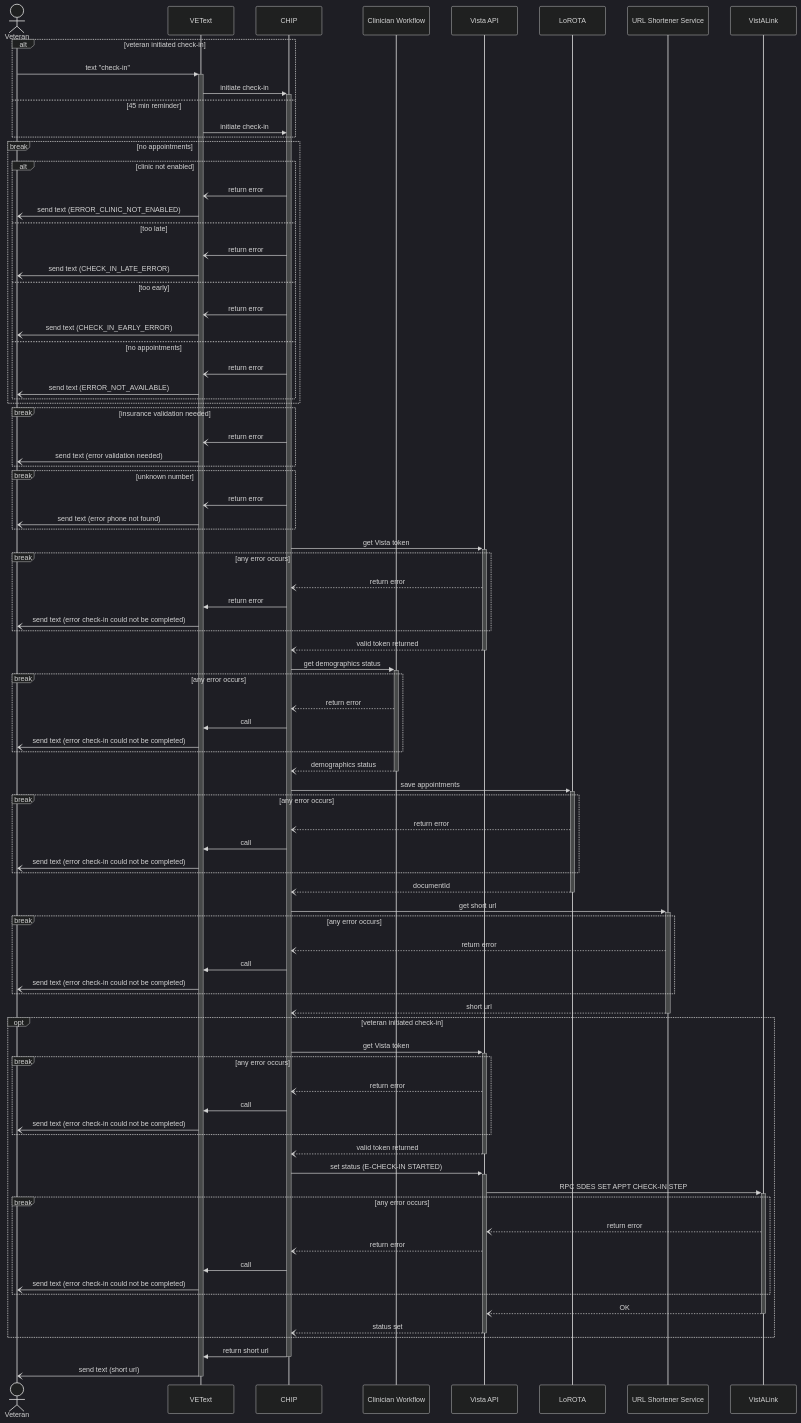
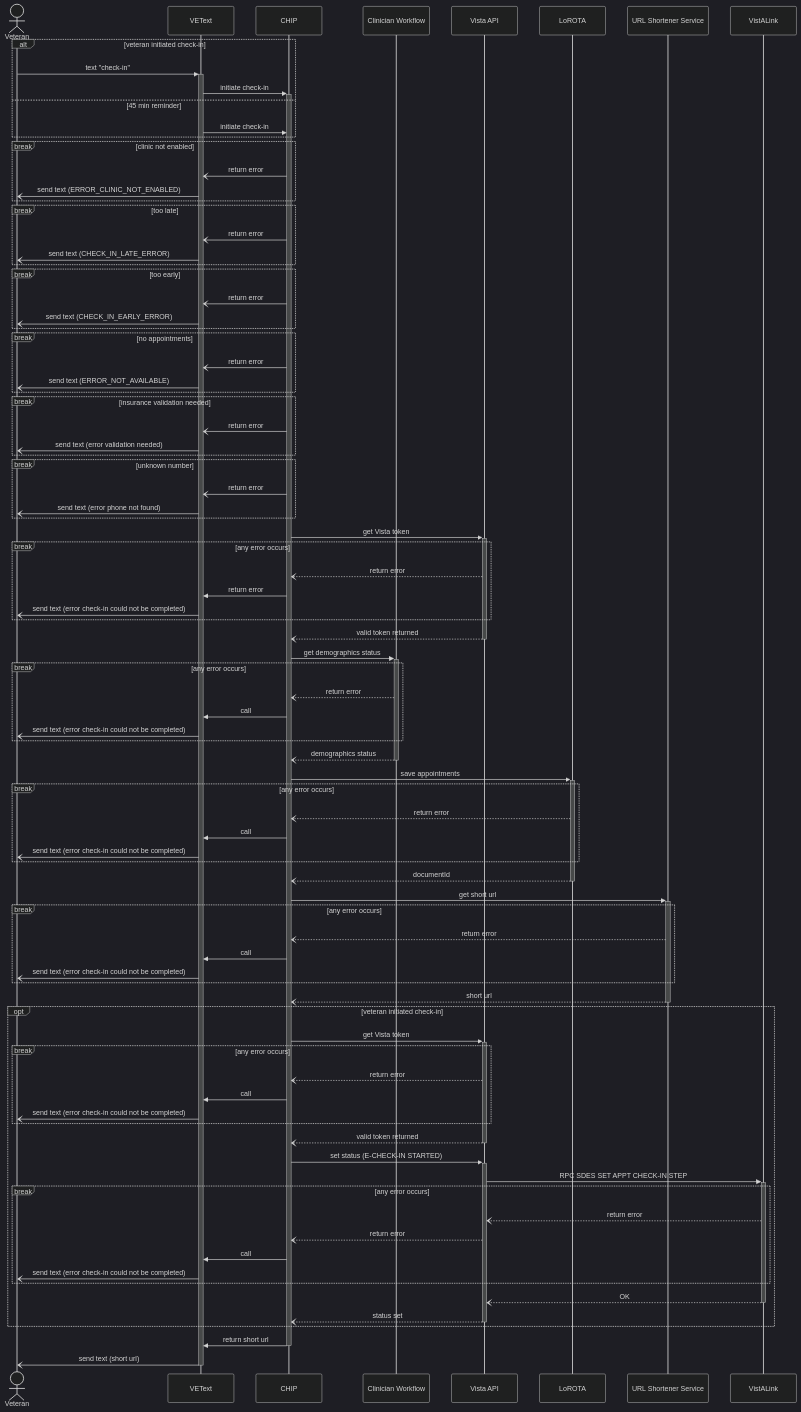
Before and after one commit to department-of-veterans-affairs/va.gov-team: the first of 5 diagrams in products/health-care/checkin/engineering/architecture-diagrams/sequenceDiagram_checkInExp.md, drawn with Mermaid (dark theme).

```diff
--- a/products/health-care/checkin/engineering/architecture-diagrams/sequenceDiagram_checkInExp.md
+++ b/products/health-care/checkin/engineering/architecture-diagrams/sequenceDiagram_checkInExp.md
@@ -32,20 +32,24 @@
     vt->>c: initiate check-in
   end
 
+  break clinic not enabled
+    c-)vt: return error
+    vt-)vet: send text (ERROR_CLINIC_NOT_ENABLED)
+  end
+
+  break too late
+    c-)vt: return error
+    vt-)vet: send text (CHECK_IN_LATE_ERROR)
+  end
+
+  break too early
+    c-)vt: return error
+    vt-)vet: send text (CHECK_IN_EARLY_ERROR)
+  end
+
   break no appointments
-    alt clinic not enabled
-      c-)vt: return error
-      vt-)vet: send text (ERROR_CLINIC_NOT_ENABLED)
-    else too late
-      c-)vt: return error
-      vt-)vet: send text (CHECK_IN_LATE_ERROR)
-    else too early
-      c-)vt: return error
-      vt-)vet: send text (CHECK_IN_EARLY_ERROR)
-    else no appointments
-      c-)vt: return error
-      vt-)vet: send text (ERROR_NOT_AVAILABLE)
-    end
+    c-)vt: return error
+    vt-)vet: send text (ERROR_NOT_AVAILABLE)
   end
 
   break insurance validation needed
```
